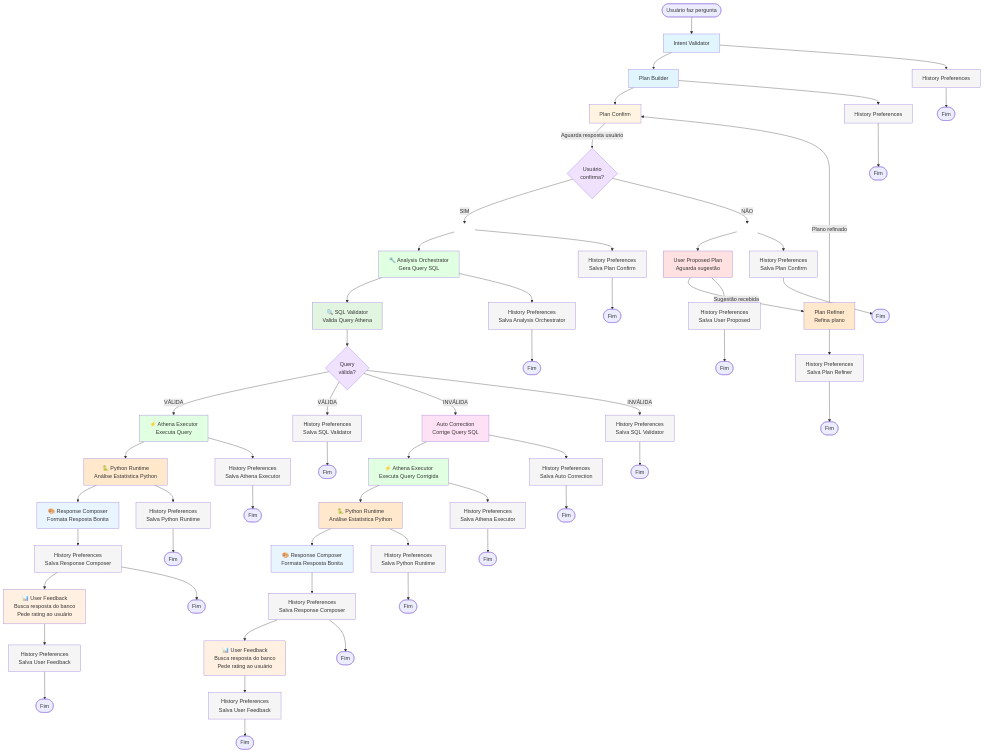
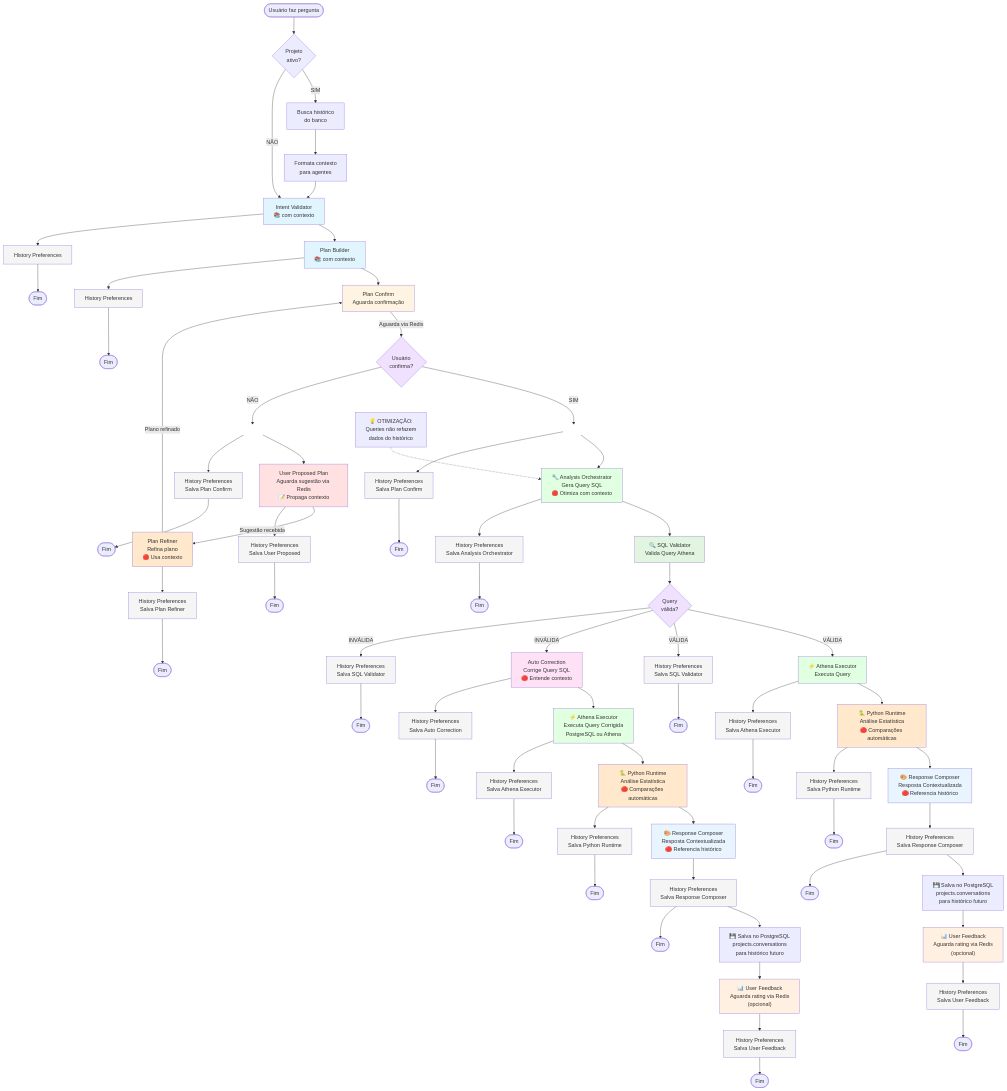
One commit to thigarciaj/ezpocket changed the diagram in actual_state_solution/graph_orchestrator_flow.mmd. Above: the diagram before and after it, drawn with Mermaid. The commit also changed 2 other files, not shown here.

Commit message:
docs: Atualiza e cria diagramas do sistema
- graph_orchestrator_flow.mmd: Atualizado com sistema de contexto
- sequence_diagram.mmd: Novo diagrama de sequência completo (42 passos)
- technology_integration_diagram.mmd: Novo diagrama de arquitetura

Melhorias:
- Fluxo de contexto de conversa documentado
- Checkagem de projeto ativo
- Otimizações destacadas (queries não refazem dados do histórico)
- Propagação de contexto através dos agentes
- Salvamento no PostgreSQL para histórico futuro
- Integração de todas tecnologias (Flask, Redis, PostgreSQL, Athena, OpenAI)

```diff
--- a/actual_state_solution/graph_orchestrator_flow.mmd
+++ b/actual_state_solution/graph_orchestrator_flow.mmd
@@ -1,127 +1,140 @@
 graph TD
-    Start([Usuário faz pergunta]) --> IntentValidator[Intent Validator]
+    Start([Usuário faz pergunta]) --> CheckProject{Projeto<br/>ativo?}
     
-    IntentValidator --> PlanBuilder[Plan Builder]
+    CheckProject -->|SIM| LoadHistory[Busca histórico<br/>do banco]
+    CheckProject -->|NÃO| IntentValidator
+    
+    LoadHistory --> FormatContext[Formata contexto<br/>para agentes]
+    FormatContext --> IntentValidator[Intent Validator<br/>📚 com contexto]
+    
+    IntentValidator --> PlanBuilder[Plan Builder<br/>📚 com contexto]
     IntentValidator --> H1[History Preferences]
     
-    PlanBuilder --> PlanConfirm[Plan Confirm]
+    PlanBuilder --> PlanConfirm[Plan Confirm<br/>Aguarda confirmação]
     PlanBuilder --> H2[History Preferences]
     
-    PlanConfirm -->|Aguarda resposta usuário| Decision{Usuário<br/>confirma?}
+    PlanConfirm -->|Aguarda via Redis| Decision{Usuário<br/>confirma?}
     
     %% Ramo SIM (apenas uma seta)
     Decision -->|SIM| Yes[  ]
-    Yes --> AnalysisOrchestrator["🔧 Analysis Orchestrator<br/>Gera Query SQL"]
+    Yes --> AnalysisOrchestrator["🔧 Analysis Orchestrator<br/>Gera Query SQL<br/>🔴 Otimiza com contexto"]
     Yes --> H3[History Preferences<br/>Salva Plan Confirm]
 
     %% Ramo NÃO (apenas uma seta)
     Decision -->|NÃO| No[  ]
-    No --> UserProposed[User Proposed Plan<br/>Aguarda sugestão]
+    No --> UserProposed[User Proposed Plan<br/>Aguarda sugestão via Redis<br/>📝 Propaga contexto]
     No --> H4[History Preferences<br/>Salva Plan Confirm]
     
     %% Fluxo após Analysis Orchestrator: Paralelo para SQL Validator + History
     AnalysisOrchestrator -->SQLValidator["🔍 SQL Validator<br/>Valida Query Athena"]
     AnalysisOrchestrator -->H5[History Preferences<br/>Salva Analysis Orchestrator]
     
     %% SQL Validator decide o fluxo baseado na validação
     SQLValidator --> ValidationDecision{Query<br/>válida?}
     
     %% Se query VÁLIDA: vai para Athena Executor + History (paralelo)
     ValidationDecision -->|VÁLIDA| AthenaExecutor["⚡ Athena Executor<br/>Executa Query"]
     ValidationDecision -->|VÁLIDA| H8[History Preferences<br/>Salva SQL Validator]
     
     %% Se query INVÁLIDA: vai para AutoCorrection + History (paralelo)
-    ValidationDecision -->|INVÁLIDA| AutoCorrection[Auto Correction<br/>Corrige Query SQL]
+    ValidationDecision -->|INVÁLIDA| AutoCorrection[Auto Correction<br/>Corrige Query SQL<br/>🔴 Entende contexto]
     ValidationDecision -->|INVÁLIDA| H8B[History Preferences<br/>Salva SQL Validator]
     
     %% AutoCorrection corrige e vai para Athena Executor + History (paralelo)
-    AutoCorrection --> AthenaExecutor2["⚡ Athena Executor<br/>Executa Query Corrigida"]
+    AutoCorrection --> AthenaExecutor2["⚡ Athena Executor<br/>Executa Query Corrigida<br/>PostgreSQL ou Athena"]
     AutoCorrection --> H9[History Preferences<br/>Salva Auto Correction]
     
     %% Athena Executor vai para Python Runtime + History (paralelo)
-    AthenaExecutor --> PythonRuntime["🐍 Python Runtime<br/>Análise Estatística Python"]
+    AthenaExecutor --> PythonRuntime["🐍 Python Runtime<br/>Análise Estatística<br/>🔴 Comparações automáticas"]
     AthenaExecutor --> H10[History Preferences<br/>Salva Athena Executor]
-    AthenaExecutor2 --> PythonRuntime2["🐍 Python Runtime<br/>Análise Estatística Python"]
+    AthenaExecutor2 --> PythonRuntime2["🐍 Python Runtime<br/>Análise Estatística<br/>🔴 Comparações automáticas"]
     AthenaExecutor2 --> H10B[History Preferences<br/>Salva Athena Executor]
     
     %% Python Runtime vai para Response Composer + History (paralelo)
-    PythonRuntime --> ResponseComposer["🎨 Response Composer<br/>Formata Resposta Bonita"]
+    PythonRuntime --> ResponseComposer["🎨 Response Composer<br/>Resposta Contextualizada<br/>🔴 Referencia histórico"]
     PythonRuntime --> H11[History Preferences<br/>Salva Python Runtime]
-    PythonRuntime2 --> ResponseComposer2["🎨 Response Composer<br/>Formata Resposta Bonita"]
+    PythonRuntime2 --> ResponseComposer2["🎨 Response Composer<br/>Resposta Contextualizada<br/>🔴 Referencia histórico"]
     PythonRuntime2 --> H12[History Preferences<br/>Salva Python Runtime]
     
     %% Response Composer vai para History primeiro
     ResponseComposer --> H13[History Preferences<br/>Salva Response Composer]
     ResponseComposer2 --> H14[History Preferences<br/>Salva Response Composer]
     
-    %% History chama User Feedback após salvar Response Composer
-    H13 --> UserFeedback["📊 User Feedback<br/>Busca resposta do banco<br/>Pede rating ao usuário"]
-    H14 --> UserFeedback2["📊 User Feedback<br/>Busca resposta do banco<br/>Pede rating ao usuário"]
+    %% History salva nova conversa no projeto (se ativo)
+    H13 --> SaveConversation[💾 Salva no PostgreSQL<br/>projects.conversations<br/>para histórico futuro]
+    H14 --> SaveConversation2[💾 Salva no PostgreSQL<br/>projects.conversations<br/>para histórico futuro]
+    
+    %% Após salvar, chama User Feedback
+    SaveConversation --> UserFeedback["📊 User Feedback<br/>Aguarda rating via Redis<br/>(opcional)"]
+    SaveConversation2 --> UserFeedback2["📊 User Feedback<br/>Aguarda rating via Redis<br/>(opcional)"]
     
     %% User Feedback salva no History (última etapa)
     UserFeedback --> H15[History Preferences<br/>Salva User Feedback]
     UserFeedback2 --> H16[History Preferences<br/>Salva User Feedback]
     
-    UserProposed -->|Sugestão recebida| PlanRefiner[Plan Refiner<br/>Refina plano]
+    UserProposed -->|Sugestão recebida| PlanRefiner[Plan Refiner<br/>Refina plano<br/>🔴 Usa contexto]
     UserProposed --> H6[History Preferences<br/>Salva User Proposed]
     
     PlanRefiner -->|Plano refinado| PlanConfirm
     PlanRefiner --> H7[History Preferences<br/>Salva Plan Refiner]
+    
+    Note1[💡 OTIMIZAÇÃO:<br/>Queries não refazem<br/>dados do histórico]
+    Note1 -.-> AnalysisOrchestrator
     
     H1 --> End1([Fim])
     H2 --> End2([Fim])
     H3 --> End3([Fim])
     H4 --> End4([Fim])
     H5 --> End5([Fim])
     H6 --> End6([Fim])
     H7 --> End7([Fim])
     H8 --> End8([Fim])
     H8B --> End8B([Fim])
     H9 --> End9([Fim])
     H10 --> End10([Fim])
     H10B --> End10B([Fim])
     H11 --> End11([Fim])
     H12 --> End12([Fim])
     H13 --> End13([Fim])
     H14 --> End14([Fim])
     H15 --> End15([Fim])
     H16 --> End16([Fim])
 
     style IntentValidator fill:#e1f5ff
     style PlanBuilder fill:#e1f5ff
     style PlanConfirm fill:#fff4e1
     style AnalysisOrchestrator fill:#e1ffe1
     style SQLValidator fill:#e1f5e1
     style AutoCorrection fill:#ffe1f5
     style UserProposed fill:#ffe1e1
     style PlanRefiner fill:#ffe8cc
     style Decision fill:#f0e1ff
     style ValidationDecision fill:#f0e1ff
     style Yes fill:#ffffff,stroke:#ffffff
     style No fill:#ffffff,stroke:#ffffff
     style H1 fill:#f5f5f5
     style H2 fill:#f5f5f5
     style H3 fill:#f5f5f5
     style H4 fill:#f5f5f5
     style H5 fill:#f5f5f5
     style H6 fill:#f5f5f5
     style H7 fill:#f5f5f5
     style H8 fill:#f5f5f5
     style H8B fill:#f5f5f5
     style H9 fill:#f5f5f5
     style H10 fill:#f5f5f5
     style H10B fill:#f5f5f5
     style H11 fill:#f5f5f5
     style H12 fill:#f5f5f5
     style H13 fill:#f5f5f5
     style H14 fill:#f5f5f5
     style H15 fill:#f5f5f5
     style H16 fill:#f5f5f5
     style AthenaExecutor fill:#e1ffe1
     style AthenaExecutor2 fill:#e1ffe1
     style PythonRuntime fill:#ffe8cc
     style PythonRuntime2 fill:#ffe8cc
     style ResponseComposer fill:#e8f5ff
     style ResponseComposer2 fill:#e8f5ff
     style UserFeedback fill:#fff0e1
     style UserFeedback2 fill:#fff0e1
```
